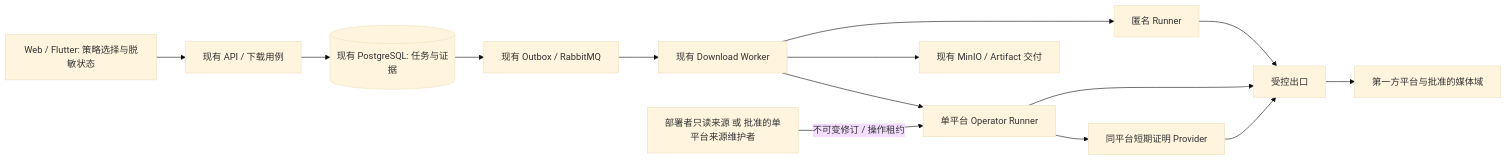
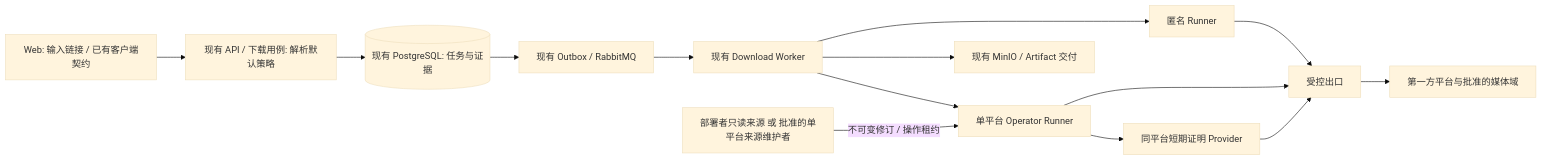
The diagram in docs/design/035-平台访问与会话恢复能力设计.md (StephenQiu30/framefetch), drawn with Mermaid (base theme) before and after one commit. The commit also changed other lines of this file and 18 other files, not shown here.

````diff
--- a/docs/design/035-平台访问与会话恢复能力设计.md
+++ b/docs/design/035-平台访问与会话恢复能力设计.md
@@ -85,16 +85,16 @@
 ```mermaid
 flowchart LR
-  UI[Web / Flutter: 策略选择与脱敏状态] --> API[现有 API / 下载用例]
+  UI[Web: 输入链接 / 已有客户端契约] --> API[现有 API / 下载用例: 解析默认策略]
   API --> DB[(现有 PostgreSQL: 任务与证据)]
   DB --> Q[现有 Outbox / RabbitMQ]
   Q --> W[现有 Download Worker]
   W --> A[匿名 Runner]
   W --> O[单平台 Operator Runner]
   S[部署者只读来源 或 批准的单平台来源维护者] -->|不可变修订 / 操作租约| O
   A --> E[受控出口]
   O --> E
   O --> T[同平台短期证明 Provider]
   T --> E
   E --> P[第一方平台与批准的媒体域]
   W --> M[现有 MinIO / Artifact 交付]
 ```
````
